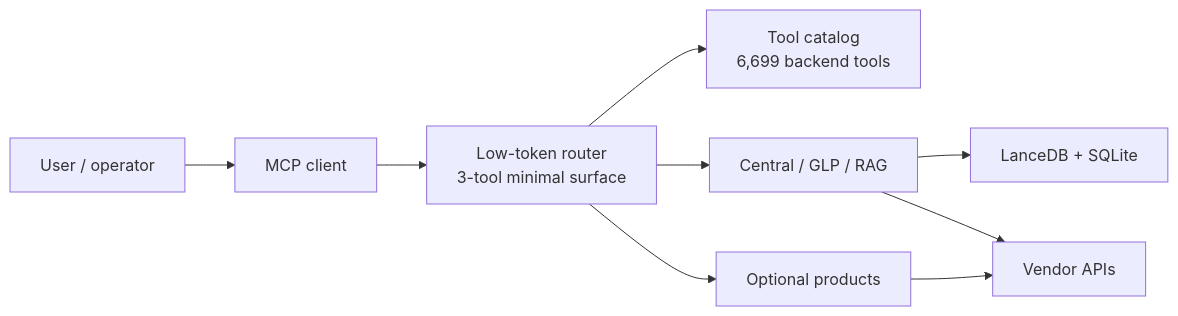
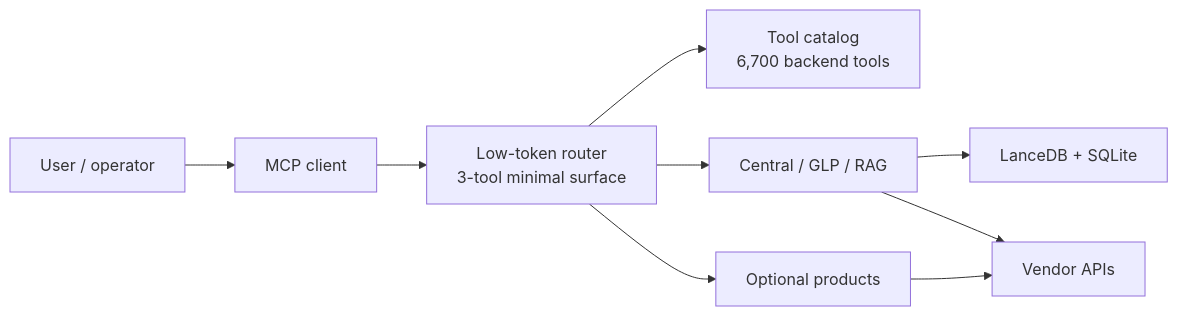
One commit to secure-ssid/centralmcp changed the diagram in docs/diagrams/runtime-overview.mmd. Above: the diagram before and after it, drawn with Mermaid. The commit also changed 24 other files, not shown here.

```diff
--- a/docs/diagrams/runtime-overview.mmd
+++ b/docs/diagrams/runtime-overview.mmd
@@ -1,17 +1,17 @@
 flowchart LR
     user["User / operator"]
     client["MCP client"]
     router["Low-token router<br/>3-tool minimal surface"]
-    catalog["Tool catalog<br/>6,699 backend tools"]
+    catalog["Tool catalog<br/>6,700 backend tools"]
     core["Central / GLP / RAG"]
     optional["Optional products"]
     indexes["LanceDB + SQLite"]
     apis["Vendor APIs"]
 
     user --> client --> router
     router --> catalog
     router --> core
     router --> optional
     core --> indexes
     core --> apis
     optional --> apis
```
